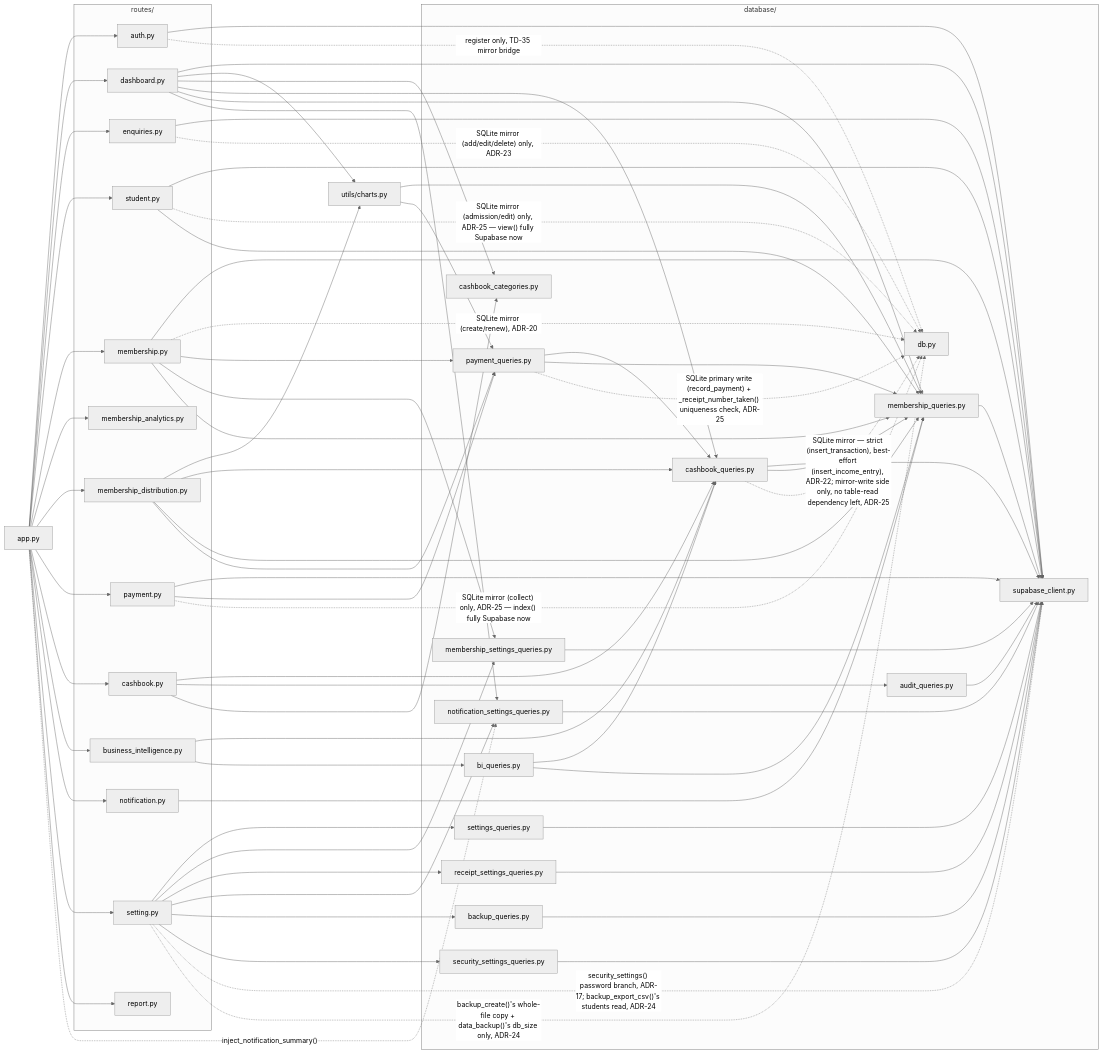
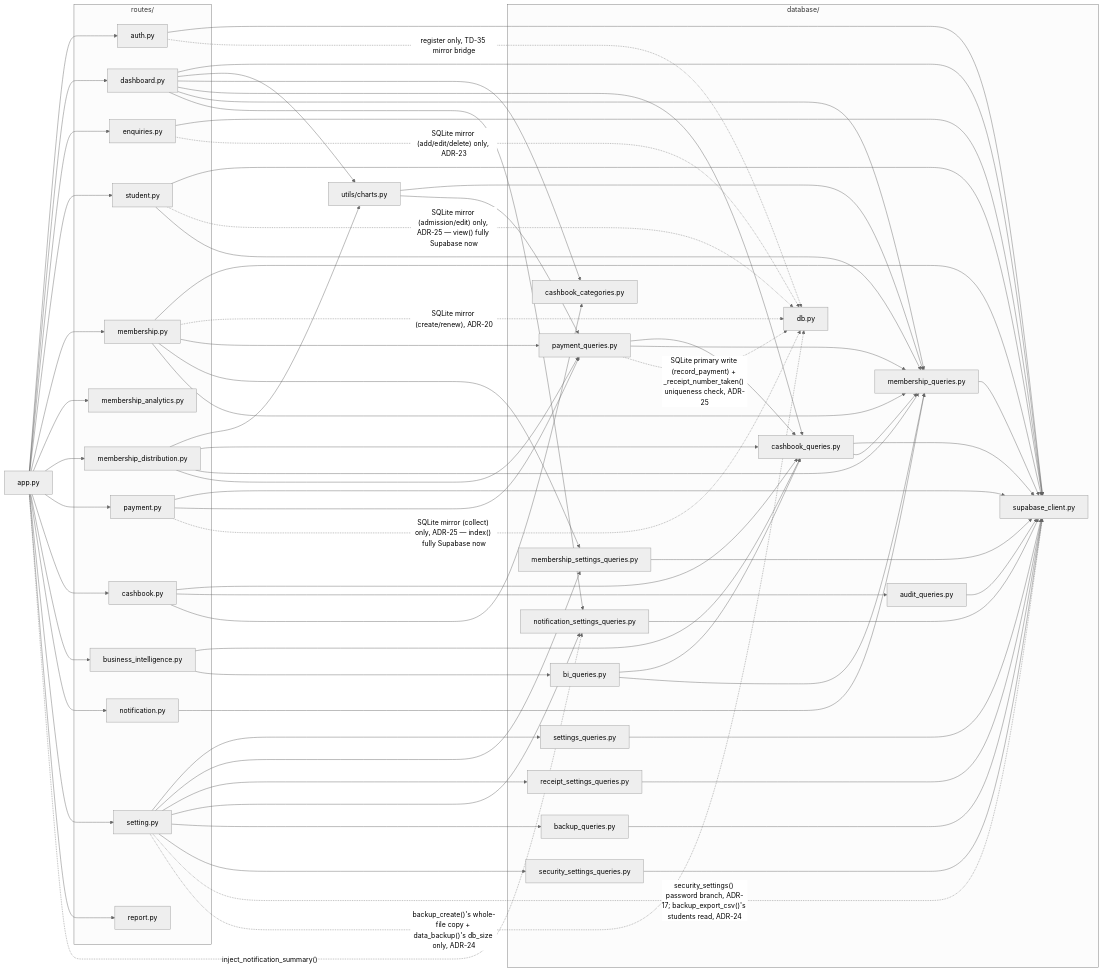
Before and after one commit to saloni-keshore/smart-library-management-system: the fifth of 5 diagrams in docs/DIAGRAMS.md, drawn with Mermaid (neutral theme). The commit also changed other lines of this file and 14 other files, not shown here.

```diff
--- a/docs/DIAGRAMS.md
+++ b/docs/DIAGRAMS.md
@@ -397,7 +395,6 @@
 
     cashbook_queries_py --> supabase_client_py
     cashbook_queries_py --> membership_queries_py
-    cashbook_queries_py -.->|"SQLite mirror — strict (insert_transaction), best-effort (insert_income_entry), ADR-22; mirror-write side only, no table-read dependency left, ADR-25"| db_py
     bi_queries_py --> cashbook_queries_py
     bi_queries_py --> membership_queries_py
     audit_queries_py --> supabase_client_py
```
